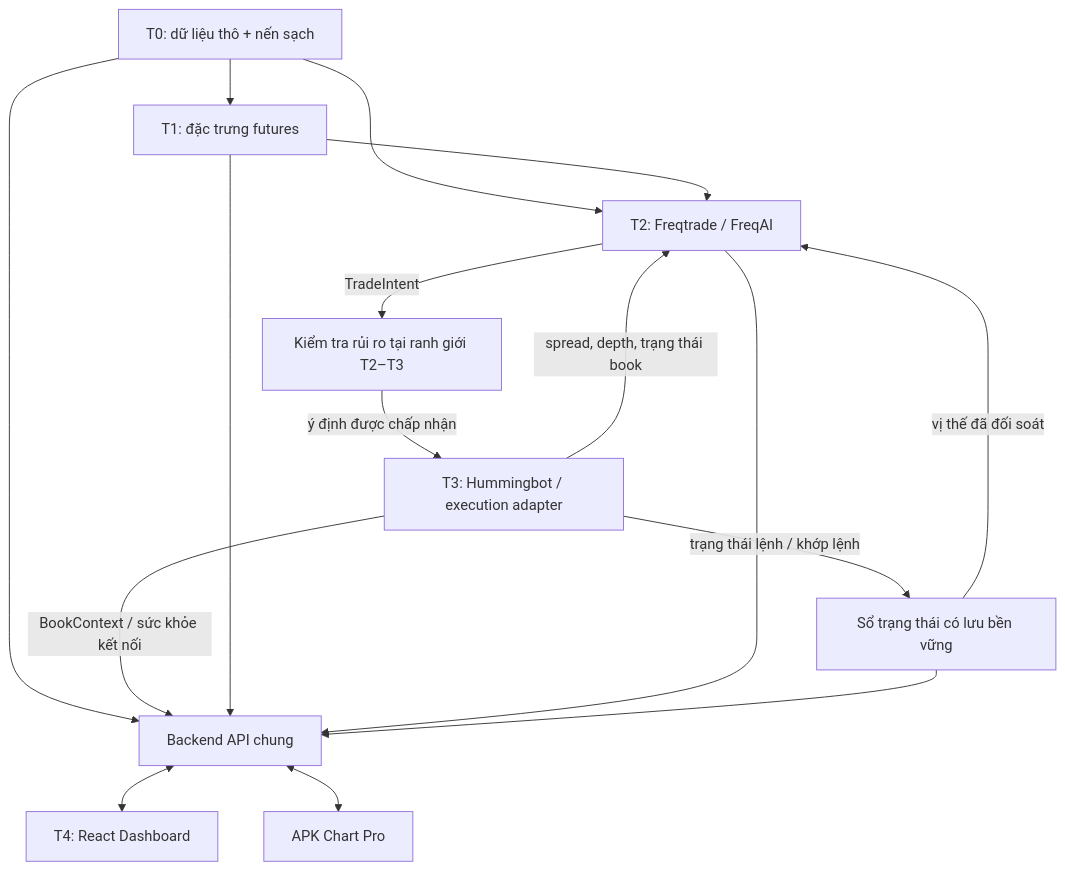
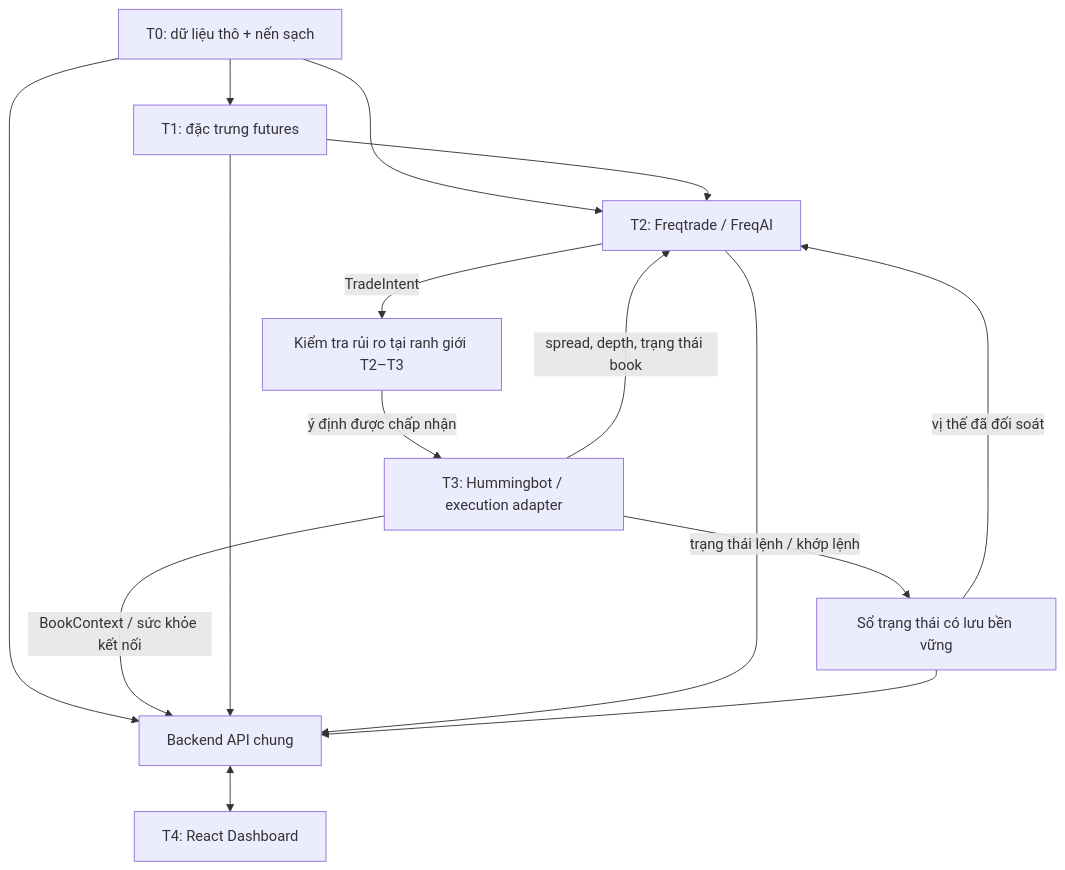
Before and after one commit to kenznguyen/btcusdt-telegram-signals2: the diagram in docs/FIVE_LAYER_ARCHITECTURE.md, drawn with Mermaid. The commit also changed other lines of this file, not shown here.

Commit message:
docs(architecture): align five-layer scope boundaries

````diff
--- a/docs/FIVE_LAYER_ARCHITECTURE.md
+++ b/docs/FIVE_LAYER_ARCHITECTURE.md
@@ -39,18 +44,17 @@
 ```mermaid
 flowchart TD
     T0["T0: dữ liệu thô + nến sạch"] --> T1["T1: đặc trưng futures"]
     T0 --> T2["T2: Freqtrade / FreqAI"]
     T1 --> T2
     T3["T3: Hummingbot / execution adapter"] -->|"spread, depth, trạng thái book"| T2
     T2 -->|TradeIntent| G["Kiểm tra rủi ro tại ranh giới T2–T3"]
     G -->|"ý định được chấp nhận"| T3
     T3 -->|"trạng thái lệnh / khớp lệnh"| S["Sổ trạng thái có lưu bền vững"]
     S -->|"vị thế đã đối soát"| T2
     T0 --> API["Backend API chung"]
     T3 -->|"BookContext / sức khỏe kết nối"| API
     T1 --> API
     T2 --> API
     S --> API
     API <--> T4["T4: React Dashboard"]
-    API <--> APK["APK Chart Pro"]
 ```
````
